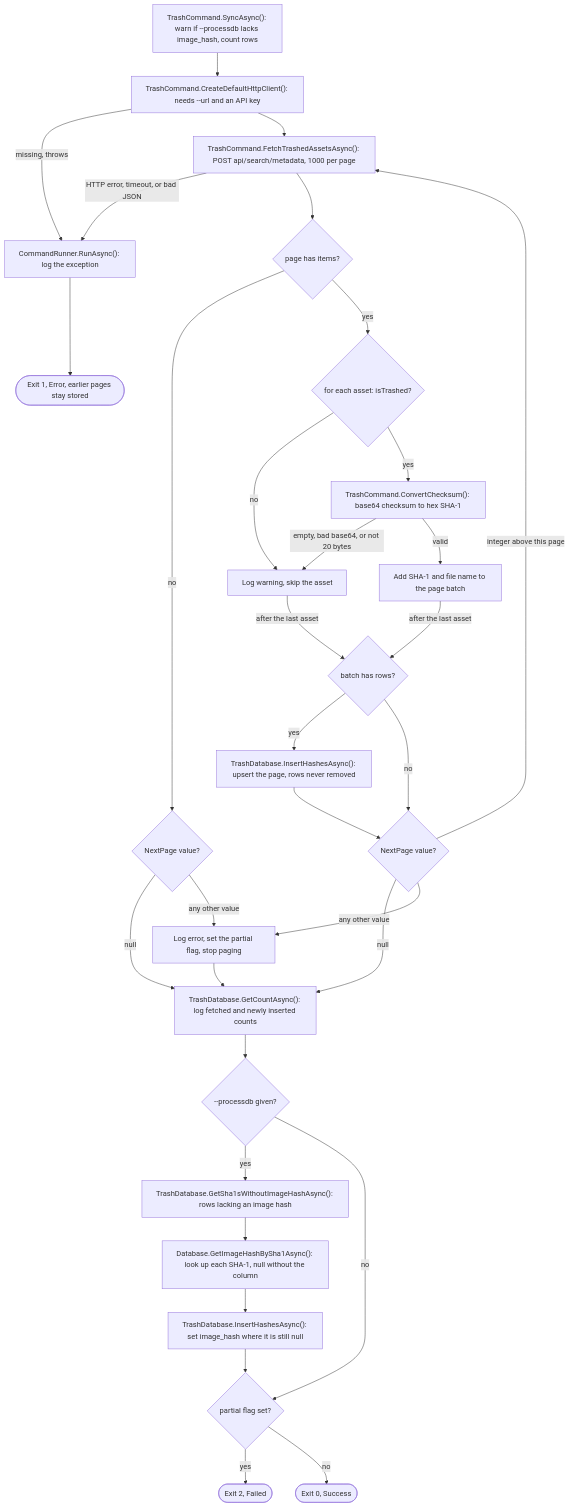
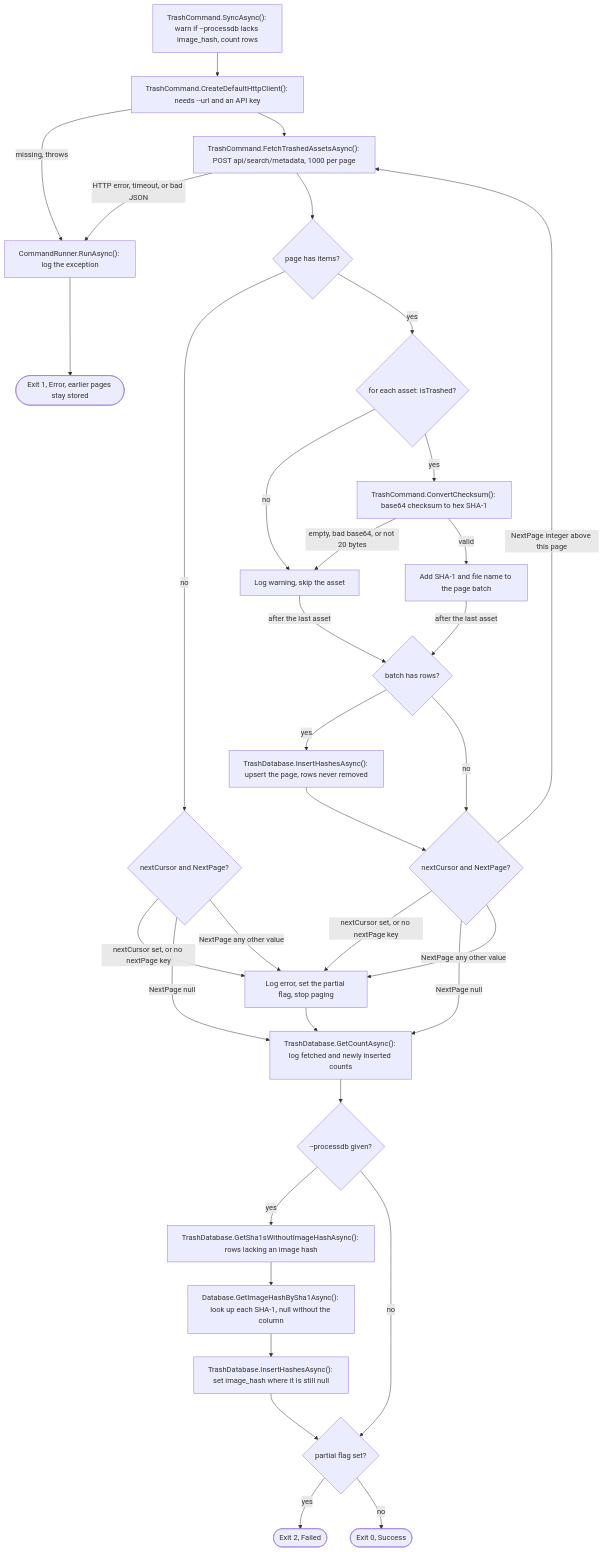
One commit to ptr727/PhotoCleaner changed diagram 17 of 23 in ARCHITECTURE.md. Above: the diagram before and after it, drawn with Mermaid. The commit also changed other lines of this file and 3 other files, not shown here.

First line of the commit message:
Mark a Cursor-Paged or Page-Less Trash Answer as a Partial Sync

````diff
--- a/ARCHITECTURE.md
+++ b/ARCHITECTURE.md
@@ -928,36 +928,38 @@
 ```mermaid
 flowchart TD
   S1["TrashCommand.SyncAsync(): warn if --processdb lacks image_hash, count rows"] --> S2["TrashCommand.CreateDefaultHttpClient(): needs --url and an API key"]
   S2 -->|"missing, throws"| SE
   S2 --> S3["TrashCommand.FetchTrashedAssetsAsync(): POST api/search/metadata, 1000 per page"]
   S3 -->|"HTTP error, timeout, or bad JSON"| SE
   S3 --> S4{"page has items?"}
-  S4 -->|"no"| S5{"NextPage value?"}
-  S5 -->|"null"| S14
-  S5 -->|"any other value"| S13
+  S4 -->|"no"| S5{"nextCursor and NextPage?"}
+  S5 -->|"nextCursor set, or no nextPage key"| S13
+  S5 -->|"NextPage null"| S14
+  S5 -->|"NextPage any other value"| S13
   S4 -->|"yes"| S6{"for each asset: isTrashed?"}
   S6 -->|"no"| S7["Log warning, skip the asset"]
   S6 -->|"yes"| S8["TrashCommand.ConvertChecksum(): base64 checksum to hex SHA-1"]
   S8 -->|"empty, bad base64, or not 20 bytes"| S7
   S8 -->|"valid"| S9["Add SHA-1 and file name to the page batch"]
   S7 -->|"after the last asset"| S10{"batch has rows?"}
   S9 -->|"after the last asset"| S10
   S10 -->|"yes"| S11["TrashDatabase.InsertHashesAsync(): upsert the page, rows never removed"]
   S10 -->|"no"| S12
-  S11 --> S12{"NextPage value?"}
-  S12 -->|"integer above this page"| S3
-  S12 -->|"null"| S14
-  S12 -->|"any other value"| S13["Log error, set the partial flag, stop paging"]
+  S11 --> S12{"nextCursor and NextPage?"}
+  S12 -->|"nextCursor set, or no nextPage key"| S13
+  S12 -->|"NextPage integer above this page"| S3
+  S12 -->|"NextPage null"| S14
+  S12 -->|"NextPage any other value"| S13["Log error, set the partial flag, stop paging"]
   S13 --> S14
   S14["TrashDatabase.GetCountAsync(): log fetched and newly inserted counts"]
   S14 --> S15{"--processdb given?"}
   S15 -->|"yes"| S16["TrashDatabase.GetSha1sWithoutImageHashAsync(): rows lacking an image hash"]
   S16 --> S17["Database.GetImageHashBySha1Async(): look up each SHA-1, null without the column"]
   S17 --> S18["TrashDatabase.InsertHashesAsync(): set image_hash where it is still null"]
   S18 --> S19
   S15 -->|"no"| S19{"partial flag set?"}
   S19 -->|"yes"| S20(["Exit 2, Failed"])
   S19 -->|"no"| S21(["Exit 0, Success"])
   SE["CommandRunner.RunAsync(): log the exception"] --> S22(["Exit 1, Error, earlier pages stay stored"])
   classDef suspect stroke:#c00,stroke-width:2px,stroke-dasharray:5 3
 ```
````
